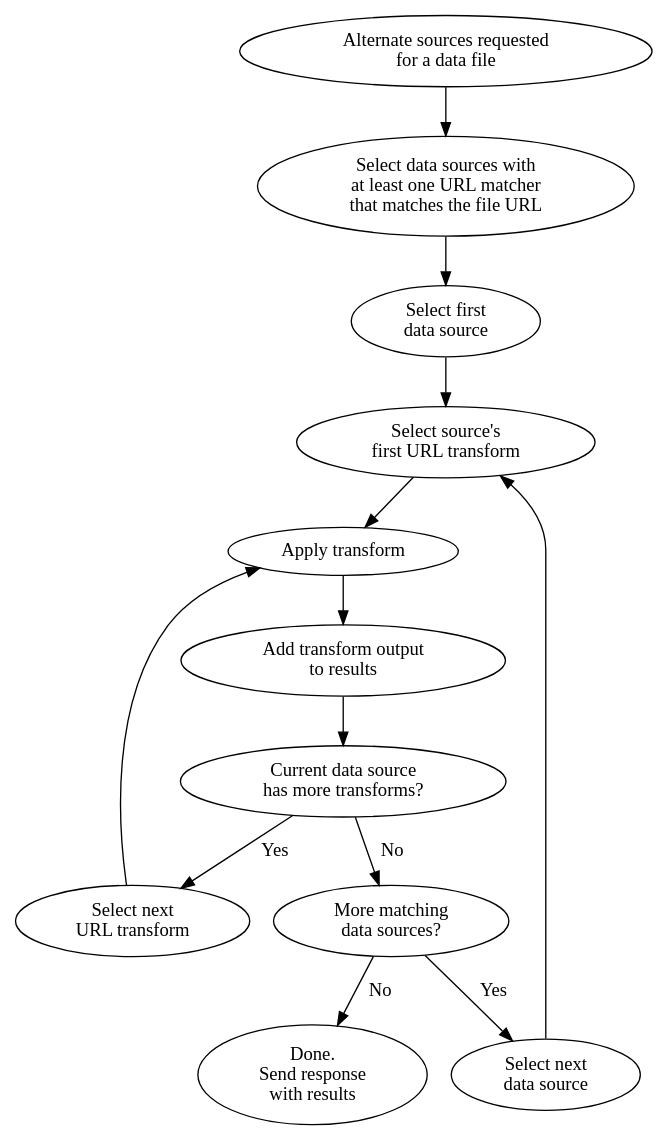
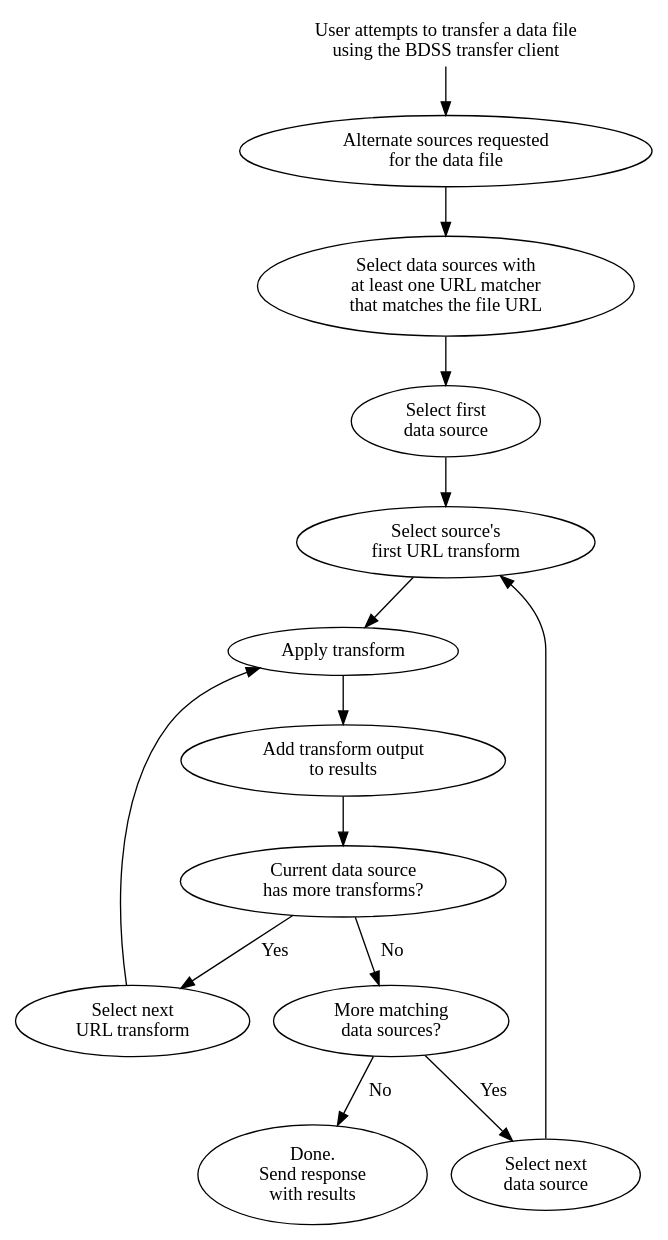
One commit to feltus/BDSS changed the diagram in metadata_repository/docs/core_workflow/workflow.dot. Above: the diagram before and after it, drawn with Graphviz. The commit also changed 3 other files, not shown here.

Commit message:
Add user node to workflow diagrams

```diff
--- a/metadata_repository/docs/core_workflow/workflow.dot
+++ b/metadata_repository/docs/core_workflow/workflow.dot
@@ -1,72 +1,79 @@
 # http://www.graphviz.org/Documentation/dotguide.pdf
 # To generate SVG:
 # dot -Tsvg workflow.dot > workflow.svg
 #
 digraph {
 
+    user[
+        label="User attempts to transfer a data file\nusing the BDSS transfer client"
+        shape=plaintext
+    ]
+
+    user -> start
+
     start[
-        label="Alternate sources requested\nfor a data file"
+        label="Alternate sources requested\nfor the data file"
     ]
 
     start -> select_sources
 
     select_sources[
         label="Select data sources with\nat least one URL matcher\nthat matches the file URL"
     ]
 
     select_sources -> select_first_source
 
     select_first_source[
         label="Select first\ndata source"
     ]
 
     select_first_source -> select_first_transform
 
     select_first_transform[
         label="Select source's \nfirst URL transform"
     ]
     select_next_source -> select_first_transform
 
     select_next_source[
         label="Select next\ndata source"
     ]
 
     select_first_transform -> apply_transform
 
     apply_transform[
         label="Apply transform"
     ]
 
     apply_transform -> add_url_to_results
 
     select_next_transform[
         label="Select next\nURL transform"
     ]
 
     select_next_transform -> apply_transform
 
     add_url_to_results[
         label="Add transform output\nto results"
     ]
 
     add_url_to_results -> remaining_transforms
 
     remaining_transforms[
         label="Current data source\nhas more transforms?"
     ]
 
     remaining_transforms -> select_next_transform[label="  Yes"]
     remaining_transforms -> remaining_sources[label="  No"]
 
     remaining_sources[
         label="More matching\ndata sources?"
     ]
 
     remaining_sources -> select_next_source[label="  Yes"]
     remaining_sources -> output_results[label="  No"]
 
     output_results[
         label="Done.\nSend response\nwith results"
     ]
 
 }
```
